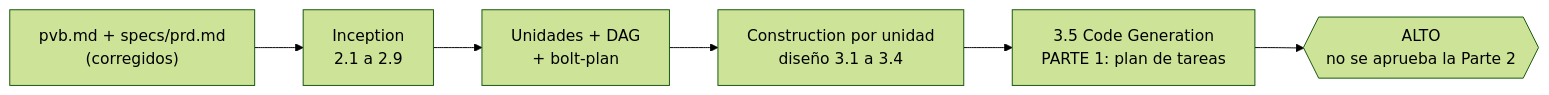
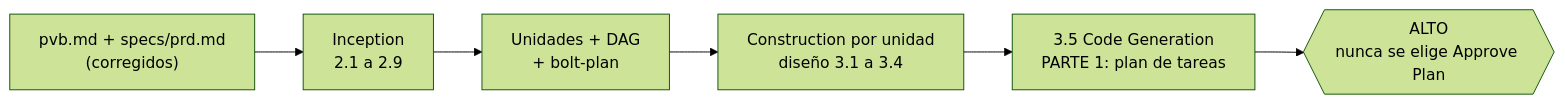
Before and after one commit to freyesJaveriana/tai: the diagram in plan-aidlc.md, drawn with Mermaid (forest theme). The commit also changed other lines of this file, not shown here.

First line of the commit message:
docs(plan): aclarar parada antes de la Parte 2 y ubicación de reglas en team.md

````diff
--- a/plan-aidlc.md
+++ b/plan-aidlc.md
@@ -17,8 +17,8 @@
 ```mermaid
 flowchart LR
     IN["pvb.md + specs/prd.md<br/>(corregidos)"] --> INC["Inception<br/>2.1 a 2.9"]
     INC --> U["Unidades + DAG<br/>+ bolt-plan"]
     U --> CON["Construction por unidad<br/>diseño 3.1 a 3.4"]
     CON --> CG["3.5 Code Generation<br/>PARTE 1: plan de tareas"]
-    CG --> STOP{{"ALTO<br/>no se aprueba la Parte 2"}}
+    CG --> STOP{{"ALTO<br/>nunca se elige Approve Plan"}}
 ```
````
